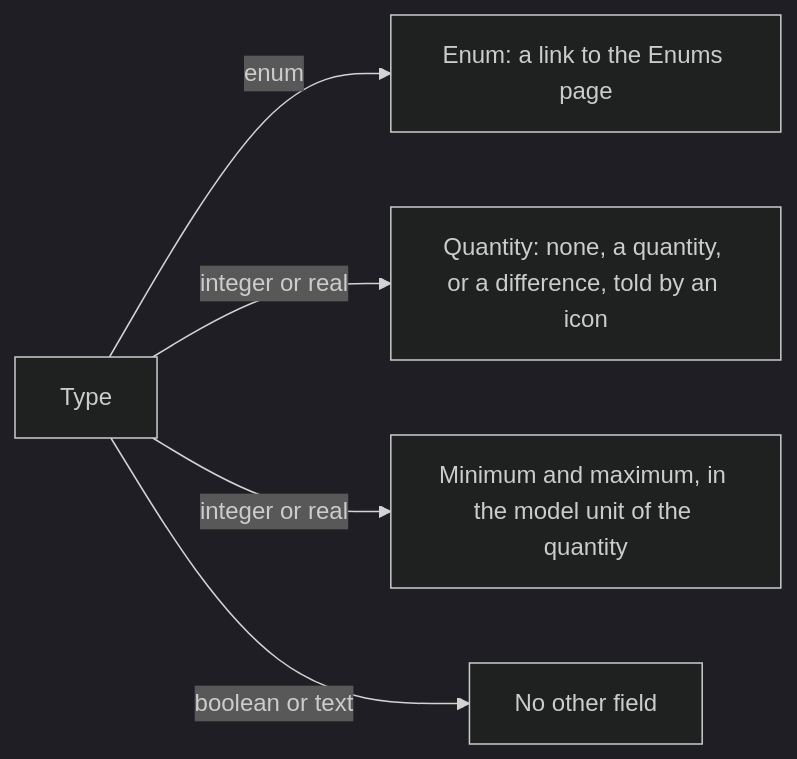
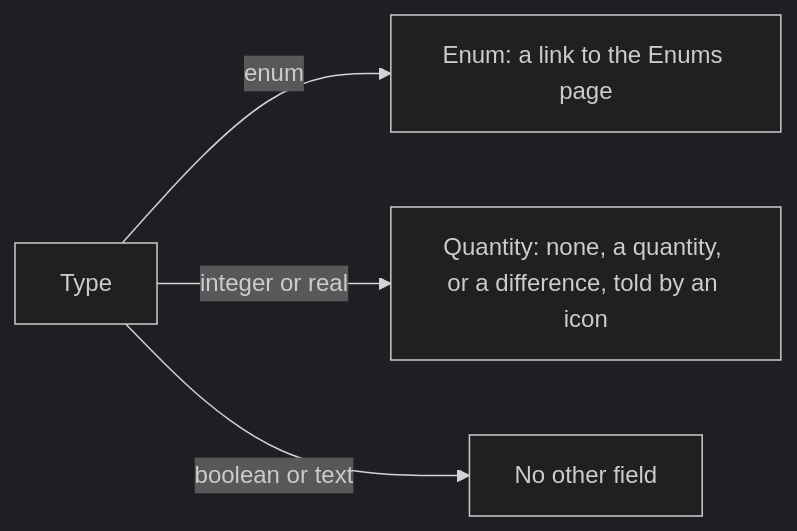
Before and after one commit to AlexandreGallais/synoptic-studio-spec: the sixth of 15 diagrams in screens/metadata.md, drawn with Mermaid (dark theme). The commit also changed other lines of this file and 11 other files, not shown here.

First line of the commit message:
docs(signals): make minimum and maximum signals of their own

````diff
--- a/screens/metadata.md
+++ b/screens/metadata.md
@@ -189,7 +189,6 @@
 ```mermaid
 flowchart LR
     T["Type"] -->|"enum"| E["Enum: a link to the Enums page"]
     T -->|"integer or real"| Q["Quantity: none, a quantity, or a difference, told by an icon"]
-    T -->|"integer or real"| B["Minimum and maximum, in the model unit of the quantity"]
     T -->|"boolean or text"| N["No other field"]
 ```
````
